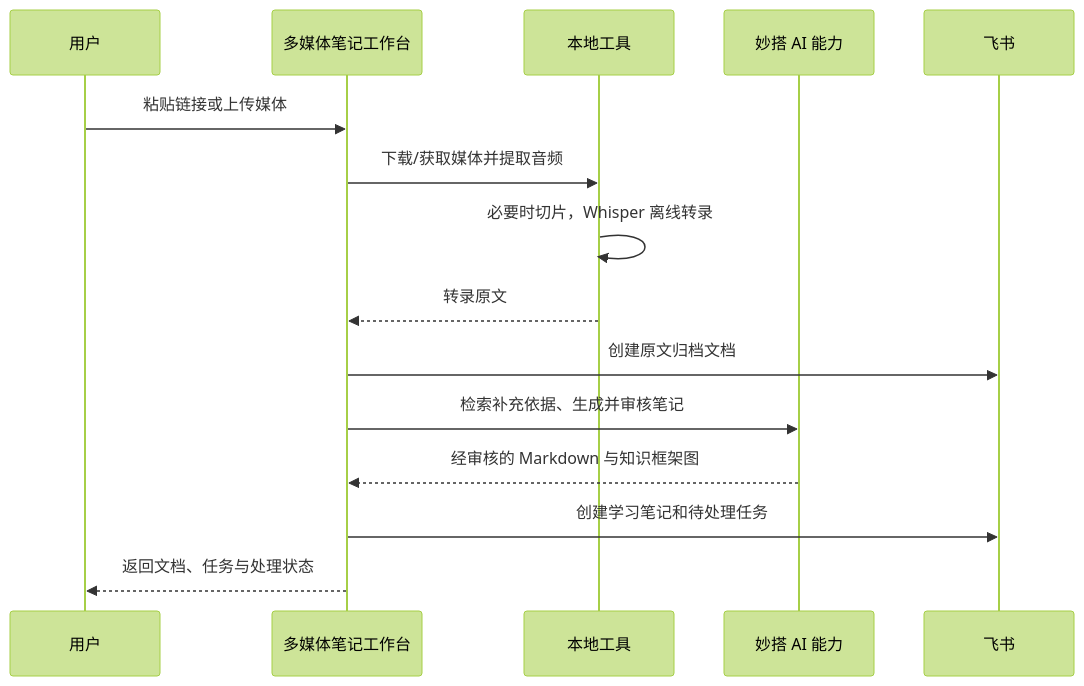
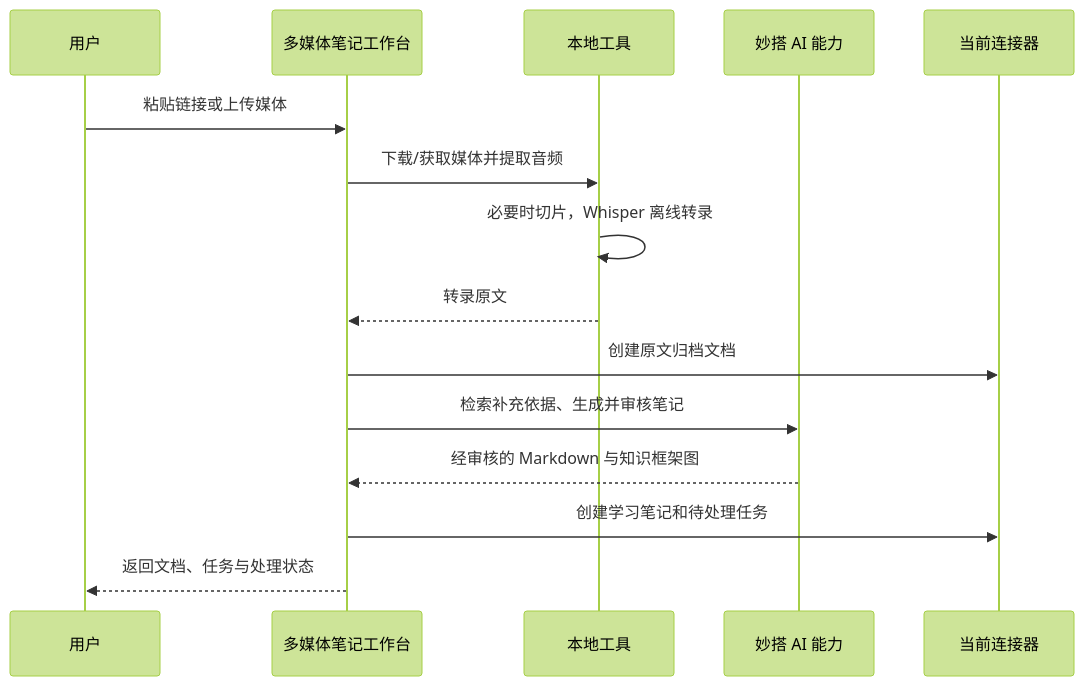
One commit to guangquan123/media-notes-workbench changed the third of 3 diagrams in README.md. Above: the diagram before and after it, drawn with Mermaid (forest theme). The commit also changed other lines of this file, not shown here.

````diff
--- a/README.md
+++ b/README.md
@@ -84,18 +87,18 @@
 ```mermaid
 sequenceDiagram
     participant U as 用户
     participant W as 多媒体笔记工作台
     participant L as 本地工具
     participant AI as 妙搭 AI 能力
-    participant F as 飞书
+    participant F as 当前连接器
 
     U->>W: 粘贴链接或上传媒体
     W->>L: 下载/获取媒体并提取音频
     L->>L: 必要时切片，Whisper 离线转录
     L-->>W: 转录原文
     W->>F: 创建原文归档文档
     W->>AI: 检索补充依据、生成并审核笔记
     AI-->>W: 经审核的 Markdown 与知识框架图
     W->>F: 创建学习笔记和待处理任务
     W-->>U: 返回文档、任务与处理状态
 ```
````
